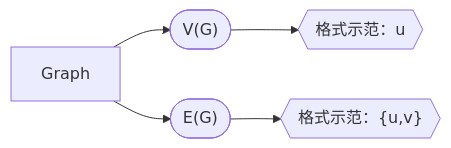
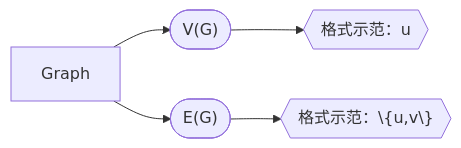
One commit to Joker-of-Gotham/Joker-of-Gotham.github.io changed the diagram in docs/_posts/图论/Introduction_to_graph_theory/定义与案例/2025-07-08-《图论导论》定义与案例.md. Above: the diagram before and after it, drawn with Mermaid.

Commit message:
add part isomophism and connected graph

````diff
--- a/docs/_posts/图论/Introduction_to_graph_theory/定义与案例/2025-07-08-《图论导论》定义与案例.md
+++ b/docs/_posts/图论/Introduction_to_graph_theory/定义与案例/2025-07-08-《图论导论》定义与案例.md
@@ -12,7 +12,7 @@
 ```mermaid
 flowchart LR
     Graph --> vertices(["V(G)"])
     Graph --> edges(["E(G)"])
     vertices --> ver_example{{"格式示范：u"}}
-    edges --> ed_examples{{"格式示范：{u,v}"}}
+    edges --> ed_examples{{"格式示范：\{u,v\}"}}
 ```
````
